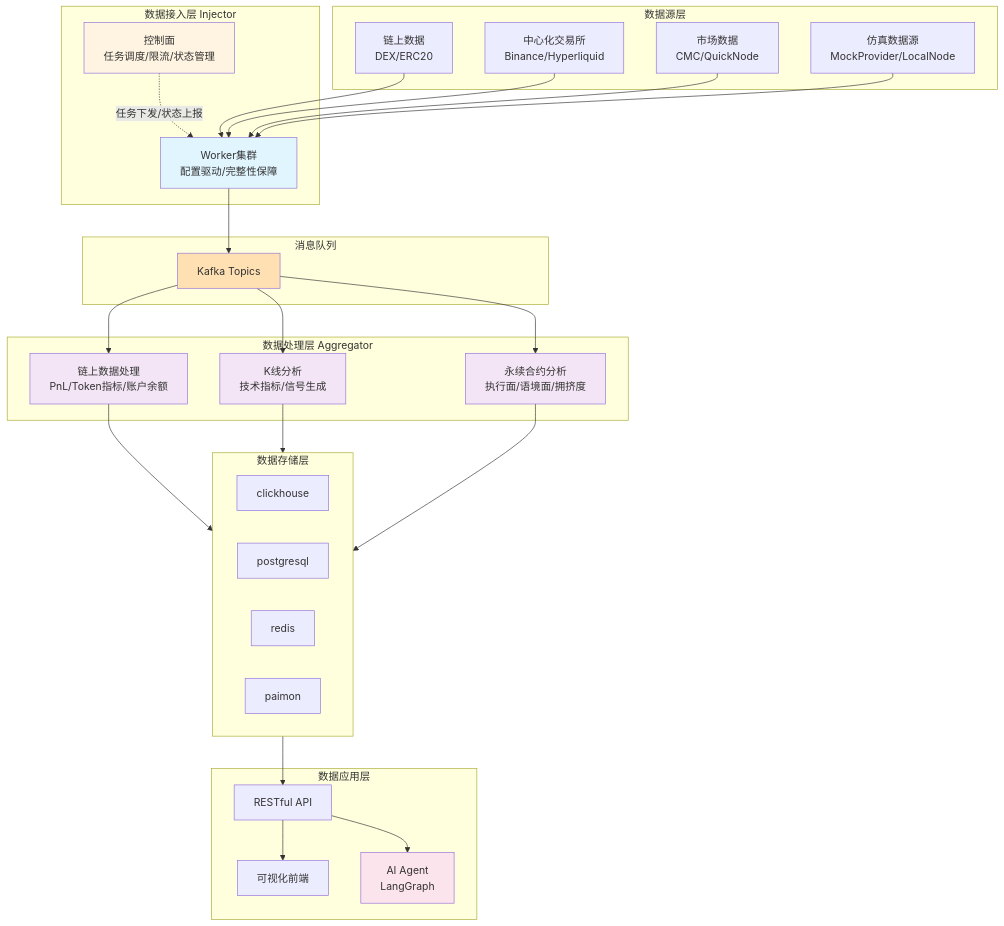
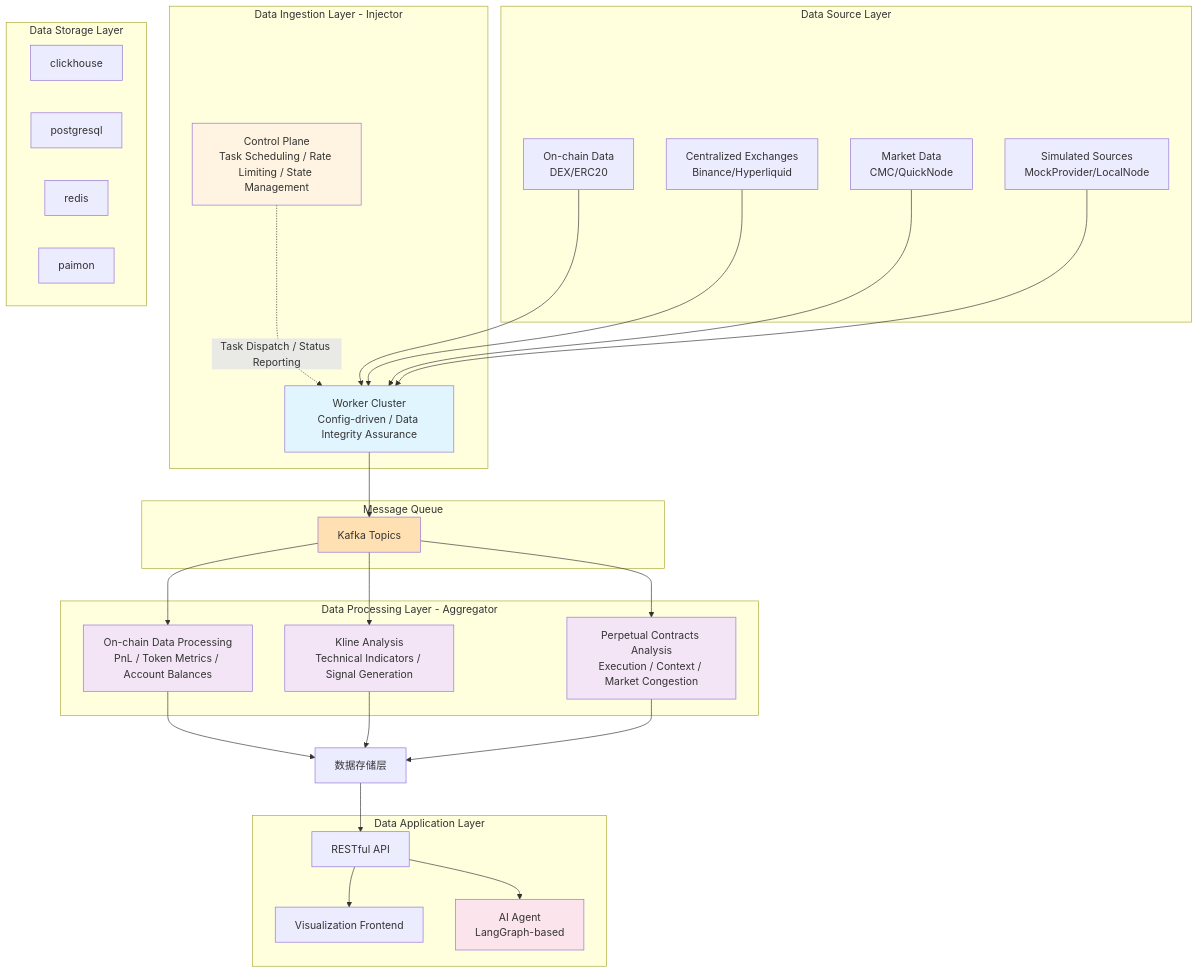
Before and after one commit to sjtutwilight/CryptoAgent: the first of 12 diagrams in README.md, drawn with Mermaid. The commit also changed other lines of this file, not shown here.

````diff
--- a/README.md
+++ b/README.md
@@ -15,61 +20,62 @@
 ```mermaid
 graph TB
-    subgraph "数据源层"
-        DS1[链上数据<br/>DEX/ERC20]
-        DS2[中心化交易所<br/>Binance/Hyperliquid]
-        DS3[市场数据<br/>CMC/QuickNode]
-        DS4[仿真数据源<br/>MockProvider/LocalNode]
+    subgraph "Data Source Layer"
+        DS1[On-chain Data<br/>DEX/ERC20]
+        DS2[Centralized Exchanges<br/>Binance/Hyperliquid]
+        DS3[Market Data<br/>CMC/QuickNode]
+        DS4[Simulated Sources<br/>MockProvider/LocalNode]
     end
 
-    subgraph "数据接入层 Injector"
-        C[控制面<br/>任务调度/限流/状态管理]
-        W[Worker集群<br/>配置驱动/完整性保障]
-        C -.任务下发/状态上报.-> W
+    subgraph "Data Ingestion Layer - Injector"
+        C[Control Plane<br/>Task Scheduling / Rate Limiting / State Management]
+        W[Worker Cluster<br/>Config-driven / Data Integrity Assurance]
+        C -.Task Dispatch / Status Reporting.-> W
     end
 
-    subgraph "消息队列"
+    subgraph "Message Queue"
         K[Kafka Topics]
     end
 
-    subgraph "数据处理层 Aggregator"
-        F1[链上数据处理<br/>PnL/Token指标/账户余额]
-        F2[K线分析<br/>技术指标/信号生成]
-        F3[永续合约分析<br/>执行面/语境面/拥挤度]
+    subgraph "Data Processing Layer - Aggregator"
+        F1[On-chain Data Processing<br/>PnL / Token Metrics / Account Balances]
+        F2[Kline Analysis<br/>Technical Indicators / Signal Generation]
+        F3[Perpetual Contracts Analysis<br/>Execution / Context / Market Congestion]
     end
-		subgraph 数据存储层
+
+    subgraph "Data Storage Layer"
         clickhouse
         postgresql
         redis
         paimon
     end
 
-    subgraph "数据应用层"
+    subgraph "Data Application Layer"
         API[RESTful API]
-        FE[可视化前端]
-        AG[AI Agent<br/>LangGraph]
+        FE[Visualization Frontend]
+        AG[AI Agent<br/>LangGraph-based]
     end
 
     DS1 --> W
     DS2 --> W
     DS3 --> W
     DS4 --> W
     W --> K
     K --> F1
     K --> F2
     K --> F3
     F1 --> 数据存储层
-    F2 -->  数据存储层
-    F3 -->  数据存储层
-     数据存储层--> API
+    F2 --> 数据存储层
+    F3 --> 数据存储层
+    数据存储层 --> API
     API --> FE
     API --> AG
 
     style C fill:#fff4e1
     style W fill:#e1f5ff
     style K fill:#ffe0b2
     style F1 fill:#f3e5f5
     style F2 fill:#f3e5f5
     style F3 fill:#f3e5f5
     style AG fill:#fce4ec
 
 ```
````
